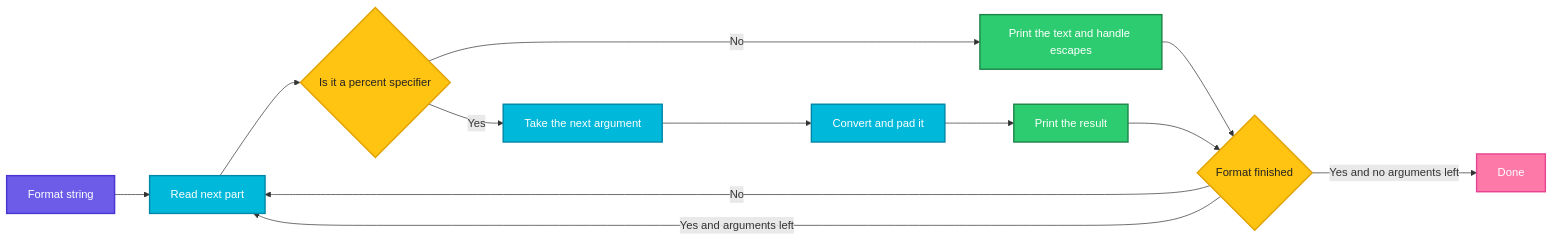
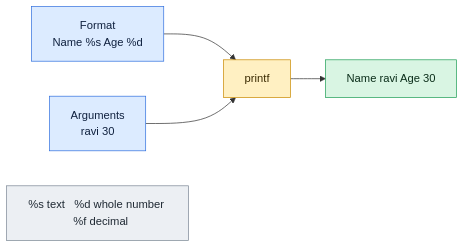
One commit to codeKerdosTech/DevOps-Documentation changed the diagram in linux/text-processing/printf.md. Above: the diagram before and after it, drawn with Mermaid. The commit also changed other lines of this file and 165 other files, not shown here.

Commit message:
updated diagrams in linux

````diff
--- a/linux/text-processing/printf.md
+++ b/linux/text-processing/printf.md
@@ -18,26 +18,16 @@
 ```mermaid
 flowchart LR
-    A[Format string] --> B[Read next part]
-    B --> C{Is it a percent specifier}
-    C -->|No| D[Print the text and handle escapes]
-    C -->|Yes| E[Take the next argument]
-    E --> F[Convert and pad it]
-    F --> G[Print the result]
-    D --> H{Format finished}
-    G --> H
-    H -->|No| B
-    H -->|Yes and arguments left| B
-    H -->|Yes and no arguments left| I[Done]
-    classDef start fill:#6C5CE7,stroke:#4834D4,stroke-width:2px,color:#fff
-    classDef proc fill:#00B8D9,stroke:#0087A8,stroke-width:2px,color:#fff
-    classDef dec fill:#FFC312,stroke:#E1A100,stroke-width:2px,color:#222
-    classDef ok fill:#2ECC71,stroke:#1E8449,stroke-width:2px,color:#fff
-    classDef err fill:#FF4757,stroke:#C0392B,stroke-width:2px,color:#fff
-    classDef out fill:#FD79A8,stroke:#E84393,stroke-width:2px,color:#fff
-    classDef alt fill:#FF9F43,stroke:#E67E22,stroke-width:2px,color:#fff
-    class A start
-    class B,E,F proc
-    class C,H dec
-    class D,G ok
-    class I out
+    i1[Format<br/>Name %s Age %d] --> c1[printf]
+    i2[Arguments<br/>ravi  30] --> c1
+    c1 --> o1[Name ravi Age 30]
+    n1[%s text   %d whole number   %f decimal]
+    classDef inp fill:#DCEBFF,stroke:#2F6FDE,color:#10213F
+    classDef cmd fill:#FFF0C2,stroke:#C98A00,color:#3A2A00
+    classDef out fill:#D9F5E3,stroke:#1F9D55,color:#0B2E1A
+    classDef bad fill:#FDE0E0,stroke:#D13B3B,color:#4A0F0F
+    classDef note fill:#ECEFF3,stroke:#7B8794,color:#1F2933
+    class i1,i2 inp
+    class c1 cmd
+    class o1 out
+    class n1 note
 ```
````
